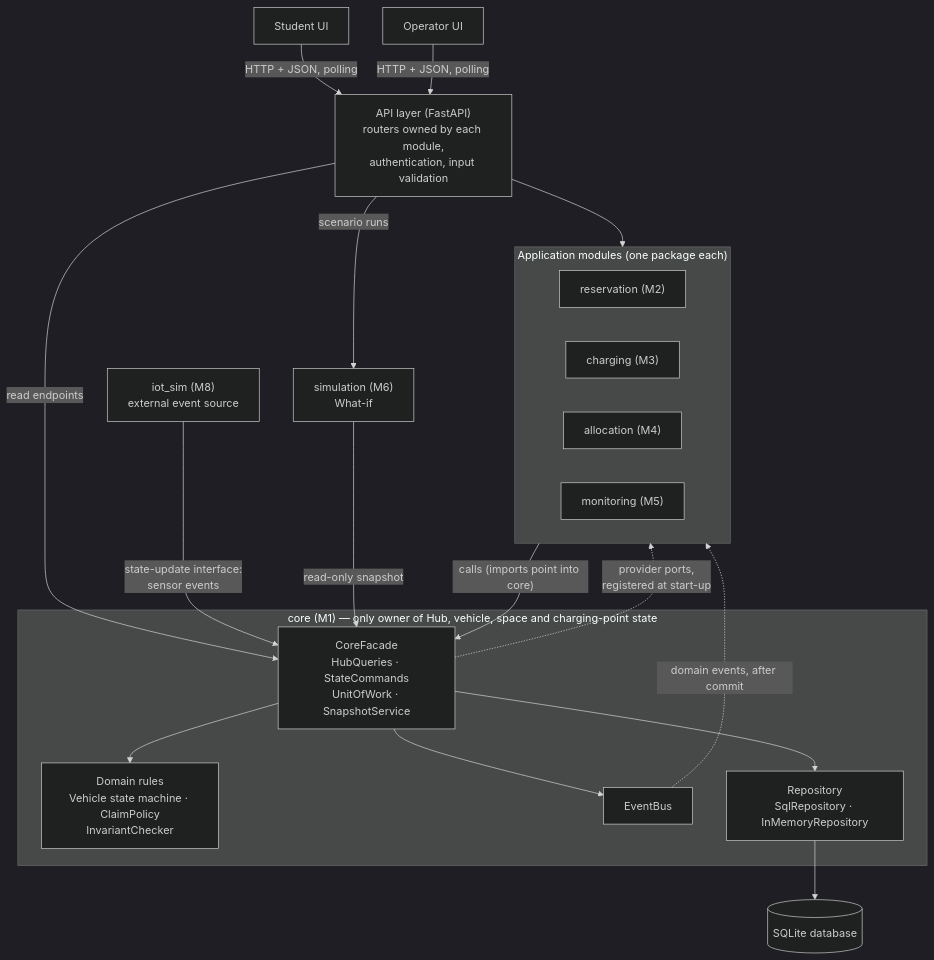
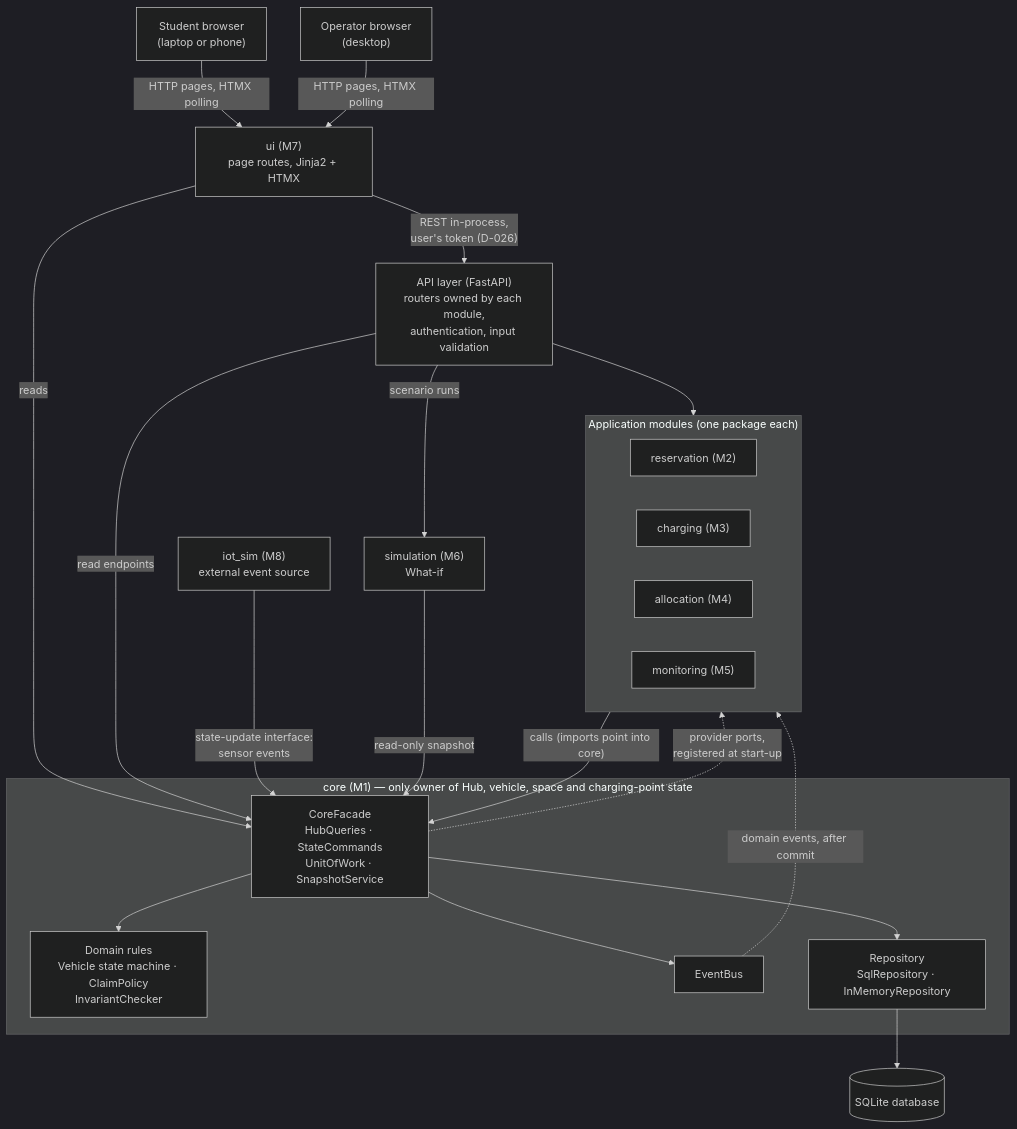
The diagram in docs/report/03-architecture.md (MabC06/smart-e-mobility-hub), drawn with Mermaid (dark theme) before and after one commit. The commit also changed other lines of this file and 2 other files, not shown here.

First line of the commit message:
docs(report): finish the introduction and the architecture section (D-026, D-027, D-028)

````diff
--- a/docs/report/03-architecture.md
+++ b/docs/report/03-architecture.md
@@ -12,38 +12,41 @@
 ```mermaid
 flowchart TB
-    UIS["Student UI"]
-    UIO["Operator UI"]
+    UIS["Student browser<br/>(laptop or phone)"]
+    UIO["Operator browser<br/>(desktop)"]
+    UI["ui (M7)<br/>page routes, Jinja2 + HTMX"]
     API["API layer (FastAPI)<br/>routers owned by each module,<br/>authentication, input validation"]
 
     subgraph APP["Application modules (one package each)"]
         RES["reservation (M2)"]
         CHG["charging (M3)"]
         ALC["allocation (M4)"]
         MON["monitoring (M5)"]
     end
     SIM["simulation (M6)<br/>What-if"]
     IOT["iot_sim (M8)<br/>external event source"]
 
     subgraph CORE["core (M1) — only owner of Hub, vehicle, space and charging-point state"]
         FAC["CoreFacade<br/>HubQueries · StateCommands<br/>UnitOfWork · SnapshotService"]
         DOM["Domain rules<br/>Vehicle state machine · ClaimPolicy<br/>InvariantChecker"]
         BUS["EventBus"]
         REPO["Repository<br/>SqlRepository · InMemoryRepository"]
     end
     DB[("SQLite database")]
 
-    UIS -->|"HTTP + JSON, polling"| API
-    UIO -->|"HTTP + JSON, polling"| API
+    UIS -->|"HTTP pages, HTMX polling"| UI
+    UIO -->|"HTTP pages, HTMX polling"| UI
+    UI -->|"REST in-process,<br/>user's token (D-026)"| API
+    UI -->|"reads"| FAC
     API --> APP
     API -->|"read endpoints"| FAC
     API -->|"scenario runs"| SIM
     APP -->|"calls (imports point into core)"| FAC
     IOT -->|"state-update interface:<br/>sensor events"| FAC
     SIM -->|"read-only snapshot"| FAC
     FAC --> DOM
     FAC --> REPO
     FAC --> BUS
     REPO --> DB
     BUS -.->|"domain events, after commit"| APP
     FAC -.->|"provider ports,<br/>registered at start-up"| APP
 ```
````
